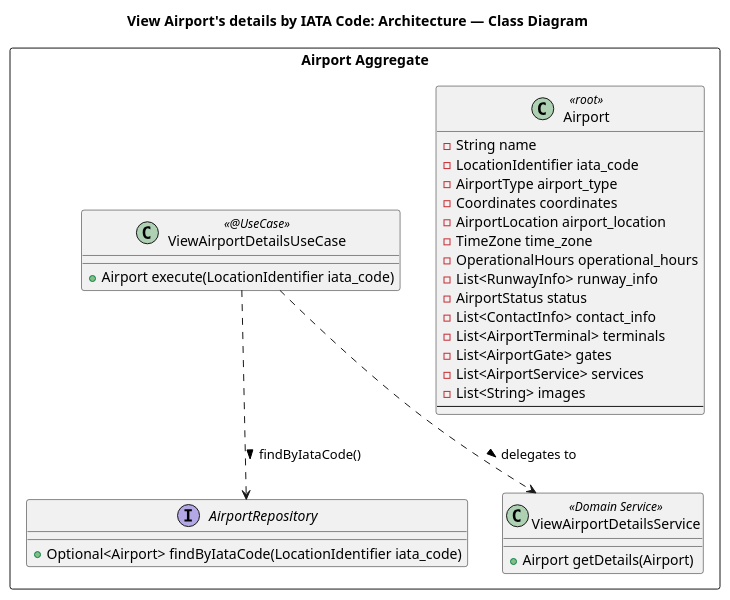
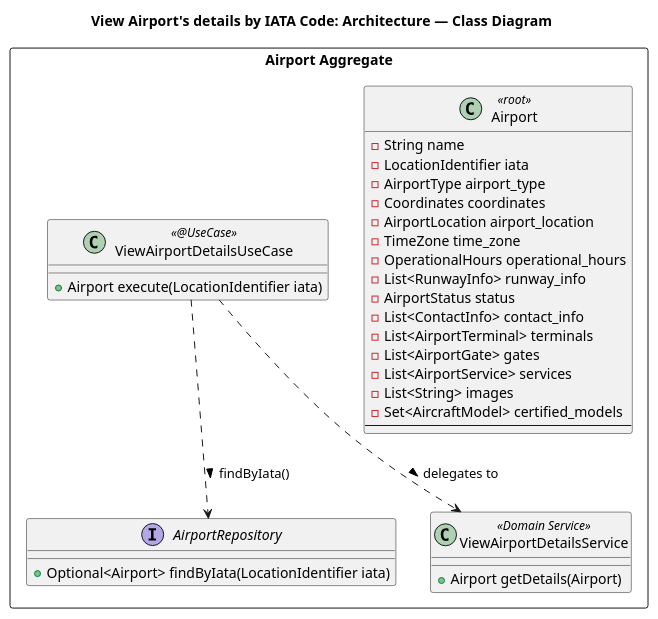
Before and after one commit to miguelsiilva1/PSOFT_1241008_1241131_1200858_1210977: the diagram in docs/system-documentation/WP#2A/US107/US107_CD/US107_CD.puml, drawn with PlantUML. The commit also changed 60 other files, not shown here.

```diff
--- a/docs/system-documentation/WP#2A/US107/US107_CD/US107_CD.puml
+++ b/docs/system-documentation/WP#2A/US107/US107_CD/US107_CD.puml
@@ -1,41 +1,42 @@
 @startuml
 'https://plantuml.com/class-diagram
 
 title View Airport's details by IATA Code: Architecture — Class Diagram
 
 package "Airport Aggregate" <<rectangle>> {
     class Airport <<root>> {
         - String name
-        - LocationIdentifier iata_code
+        - LocationIdentifier iata
         - AirportType airport_type
         - Coordinates coordinates
         - AirportLocation airport_location
         - TimeZone time_zone
         - OperationalHours operational_hours
         - List<RunwayInfo> runway_info
         - AirportStatus status
         - List<ContactInfo> contact_info
         - List<AirportTerminal> terminals
         - List<AirportGate> gates
         - List<AirportService> services
         - List<String> images
+        - Set<AircraftModel> certified_models
         ---
     }
 
     interface AirportRepository {
-        + Optional<Airport> findByIataCode(LocationIdentifier iata_code)
+        + Optional<Airport> findByIata(LocationIdentifier iata)
     }
 
     class ViewAirportDetailsService <<Domain Service>> {
         + Airport getDetails(Airport)
     }
 
     class ViewAirportDetailsUseCase <<@UseCase>> {
-        + Airport execute(LocationIdentifier iata_code)
+        + Airport execute(LocationIdentifier iata)
     }
 
-    ViewAirportDetailsUseCase ..> AirportRepository : findByIataCode() >
+    ViewAirportDetailsUseCase ..> AirportRepository : findByIata() >
     ViewAirportDetailsUseCase ..> ViewAirportDetailsService : delegates to >
 }
 
 @enduml
```
